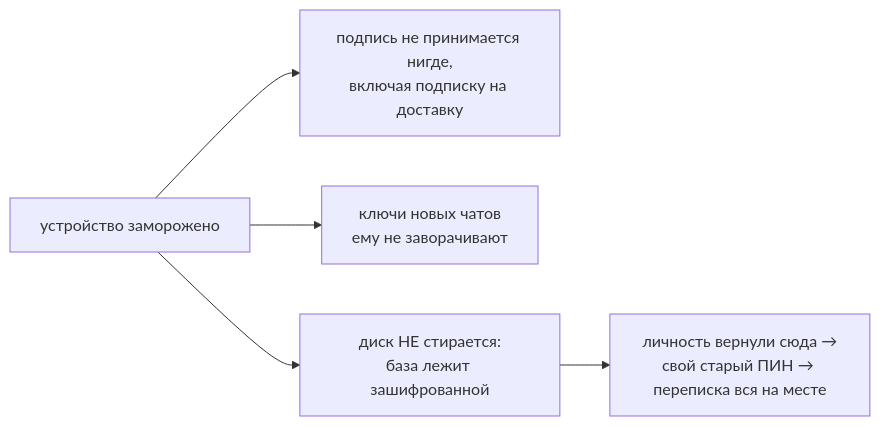
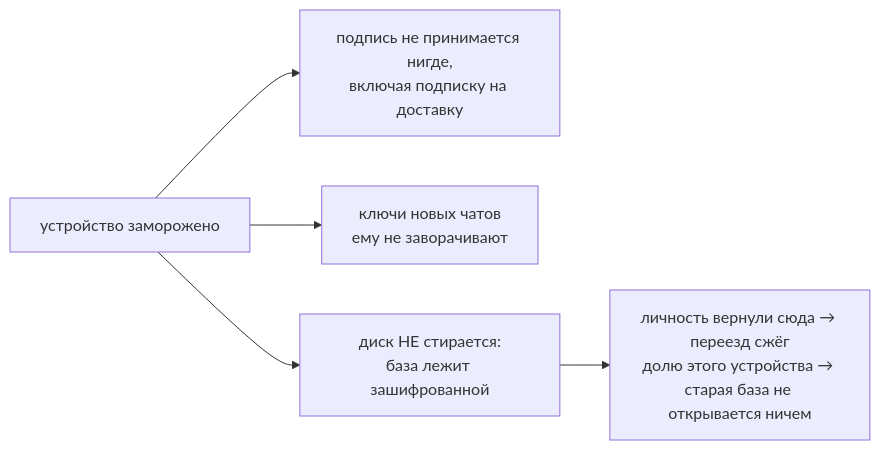
The fifth of 30 diagrams in docs/chat-flows_RU.md (panov-id/xor.ad), drawn with Mermaid before and after one commit. The commit also changed other lines of this file and 40 other files, not shown here.

````diff
--- a/docs/chat-flows_RU.md
+++ b/docs/chat-flows_RU.md
@@ -172,7 +173,7 @@
 ```mermaid
 flowchart LR
   froze["устройство заморожено"] --> no1["подпись не принимается нигде,<br/>включая подписку на доставку"]
   froze --> no2["ключи новых чатов<br/>ему не заворачивают"]
   froze --> yes1["диск НЕ стирается:<br/>база лежит зашифрованной"]
-  yes1 --> back["личность вернули сюда →<br/>свой старый ПИН → переписка вся на месте"]
+  yes1 --> back["личность вернули сюда → переезд сжёг<br/>долю этого устройства → старая база не открывается ничем"]
 ```
````
